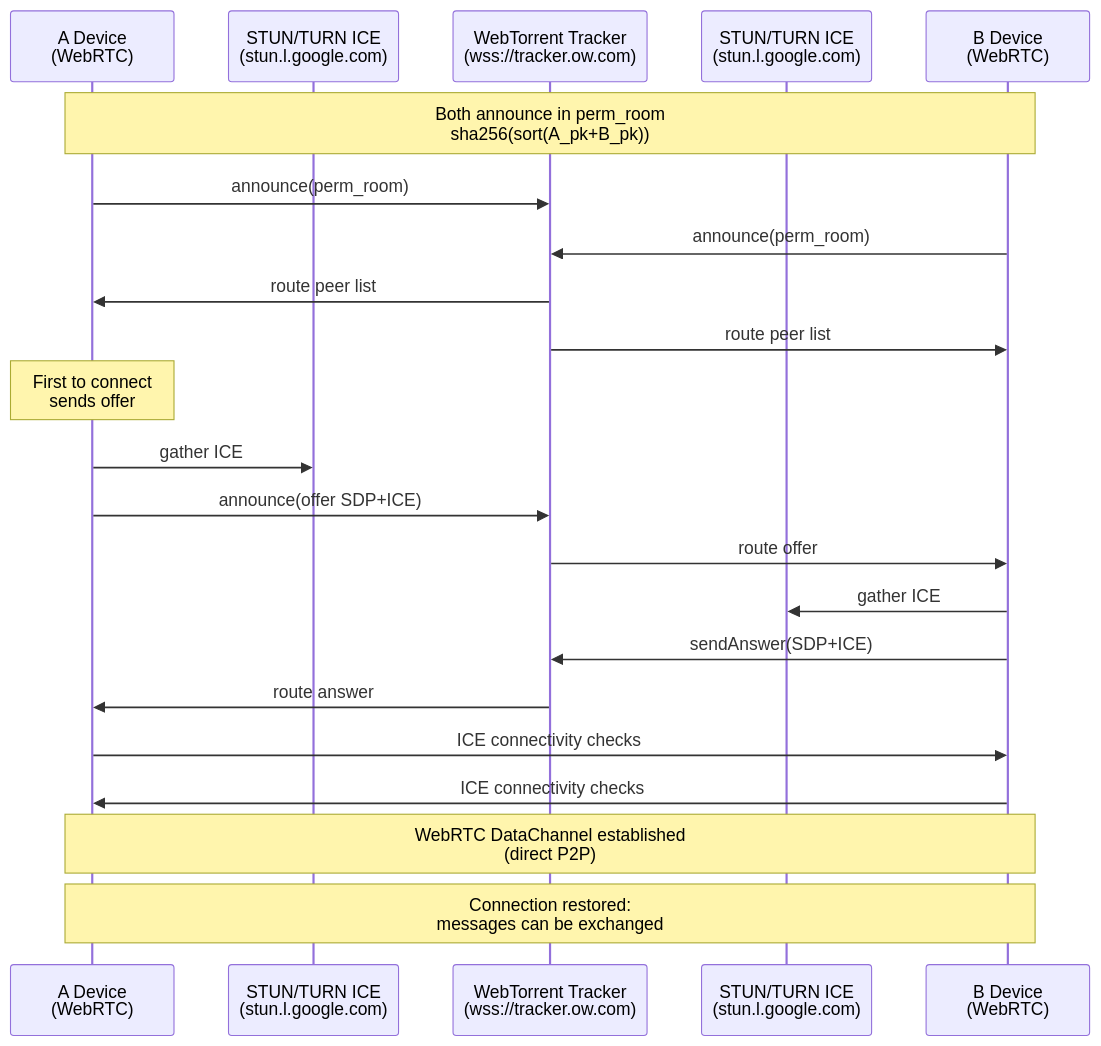
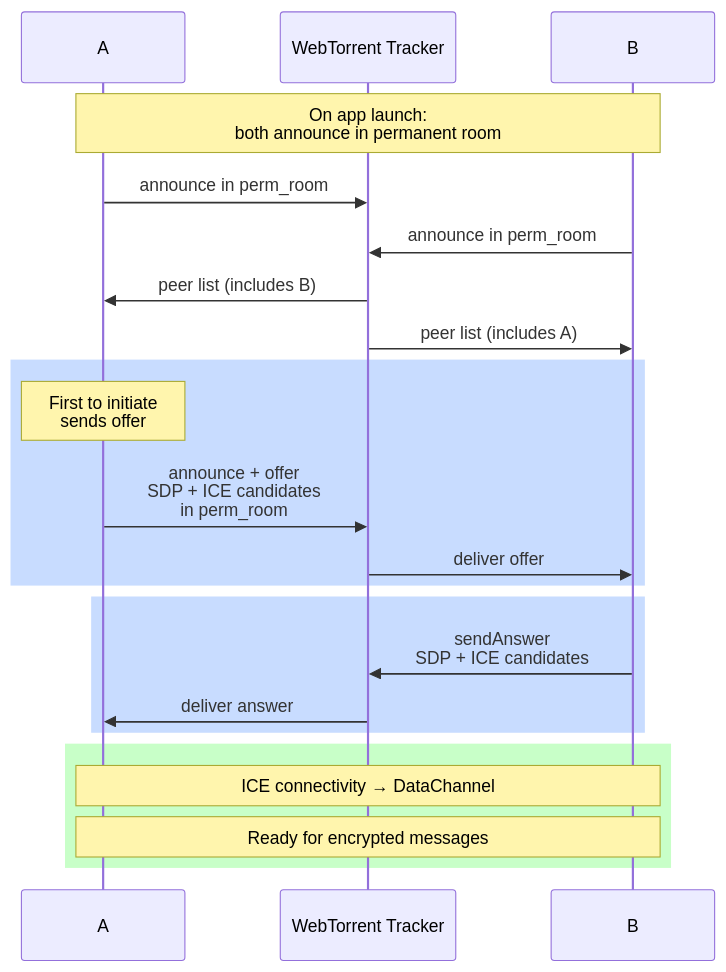
One commit to davidevecchi/TruSTI changed the fourth of 8 diagrams in README.md. Above: the diagram before and after it, drawn with Mermaid. The commit also changed other lines of this file, not shown here.

````diff
--- a/README.md
+++ b/README.md
@@ -76,30 +161,29 @@
 ```mermaid
 sequenceDiagram
-    participant A as A Device<br/>(WebRTC)
-    participant STUN_A as STUN/TURN ICE<br/>(stun.l.google.com)
-    participant Tracker as WebTorrent Tracker<br/>(wss://tracker.ow.com)
-    participant STUN_B as STUN/TURN ICE<br/>(stun.l.google.com)
-    participant B as B Device<br/>(WebRTC)
+    participant A as A
+    participant Tracker as WebTorrent Tracker
+    participant B as B
 
-    Note over A,B: Both announce in perm_room<br/>sha256(sort(A_pk+B_pk))
-    A->>Tracker: announce(perm_room)
-    B->>Tracker: announce(perm_room)
-    Tracker->>A: route peer list
-    Tracker->>B: route peer list
+    Note over A,B: On app launch:<br/>both announce in permanent room
 
-    Note over A: First to connect<br/>sends offer
-    A->>STUN_A: gather ICE
-    A->>Tracker: announce(offer SDP+ICE)
-    Tracker->>B: route offer
+    A->>Tracker: announce in perm_room
+    B->>Tracker: announce in perm_room
+    Tracker->>A: peer list (includes B)
+    Tracker->>B: peer list (includes A)
 
-    B->>STUN_B: gather ICE
-    B->>Tracker: sendAnswer(SDP+ICE)
-    Tracker->>A: route answer
+    rect rgb(200,220,255)
+    Note over A: First to initiate<br/>sends offer
+    A->>Tracker: announce + offer<br/>SDP + ICE candidates<br/>in perm_room
+    Tracker->>B: deliver offer
+    end
 
-    A->>B: ICE connectivity checks
-    B->>A: ICE connectivity checks
+    rect rgb(200,220,255)
+    B->>Tracker: sendAnswer<br/>SDP + ICE candidates
+    Tracker->>A: deliver answer
+    end
 
-    Note over A,B: WebRTC DataChannel established<br/>(direct P2P)
-
-    Note over A,B: Connection restored:<br/>messages can be exchanged
+    rect rgb(200,255,200)
+    Note over A,B: ICE connectivity → DataChannel
+    Note over A,B: Ready for encrypted messages
+    end
 ```
````
